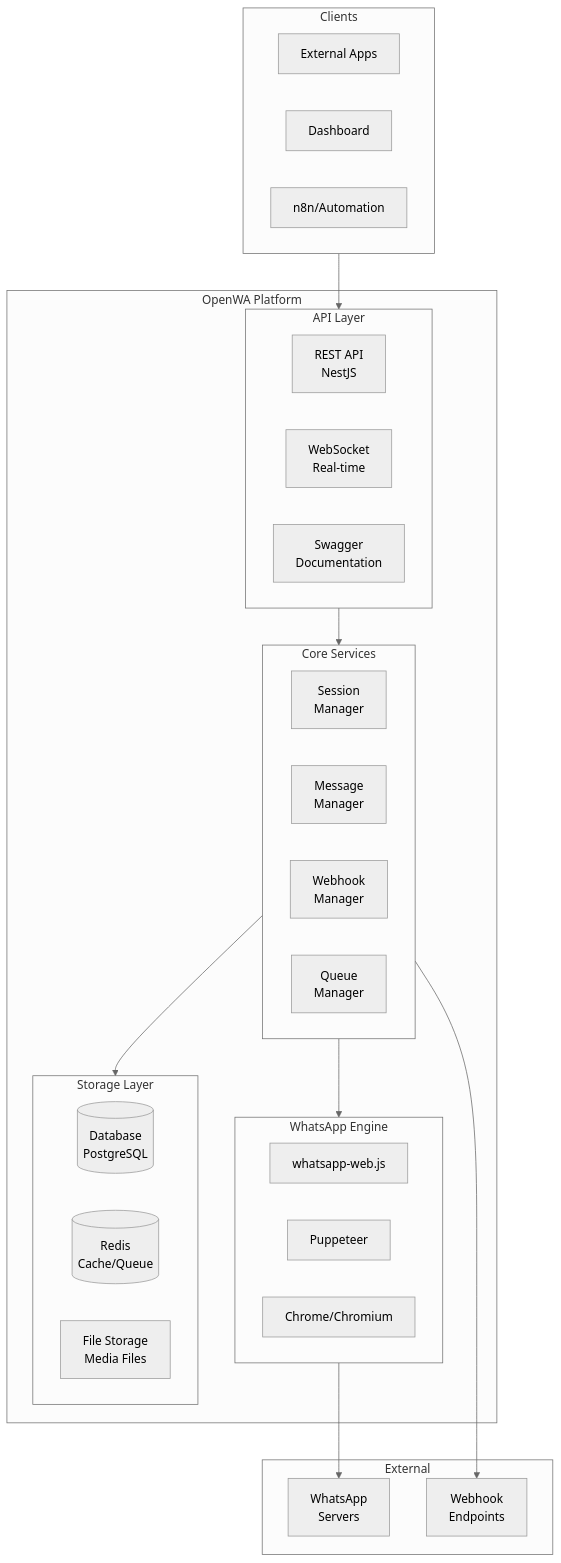
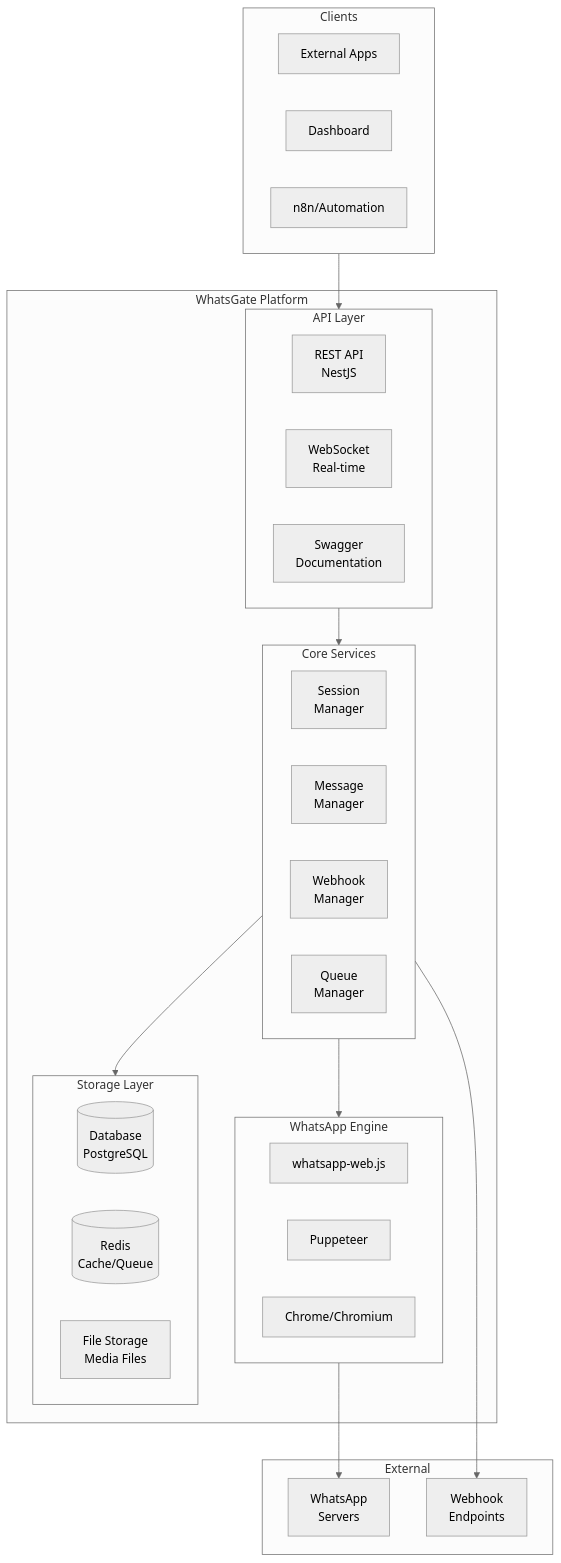
Before and after one commit to liminal-loop/whatsgate: the first of 24 diagrams in docs/03-system-architecture.md, drawn with Mermaid (neutral theme). The commit also changed other lines of this file and 46 other files, not shown here.

Commit message:
chore: rebrand OpenWA to WhatsGate across app and docs

````diff
--- a/docs/03-system-architecture.md
+++ b/docs/03-system-architecture.md
@@ -7,47 +7,47 @@
 ```mermaid
 flowchart TB
     subgraph Clients["Clients"]
         C1[External Apps]
         C2[Dashboard]
         C3[n8n/Automation]
     end
     
-    subgraph OpenWA["OpenWA Platform"]
+    subgraph WhatsGate["WhatsGate Platform"]
         subgraph API["API Layer"]
             REST[REST API<br/>NestJS]
             WS[WebSocket<br/>Real-time]
             SWAGGER[Swagger<br/>Documentation]
         end
         
         subgraph Core["Core Services"]
             SM[Session<br/>Manager]
             MM[Message<br/>Manager]
             WH[Webhook<br/>Manager]
             QM[Queue<br/>Manager]
         end
         
         subgraph Engine["WhatsApp Engine"]
             WW[whatsapp-web.js]
             PP[Puppeteer]
             CH[Chrome/Chromium]
         end
         
         subgraph Storage["Storage Layer"]
             DB[(Database<br/>PostgreSQL)]
             REDIS[(Redis<br/>Cache/Queue)]
             FS[File Storage<br/>Media Files]
         end
     end
     
     subgraph External["External"]
         WA[WhatsApp<br/>Servers]
         WEBHOOK[Webhook<br/>Endpoints]
     end
     
     Clients --> API
     API --> Core
     Core --> Engine
     Core --> Storage
     Engine --> WA
     Core --> WEBHOOK
 ```
````
